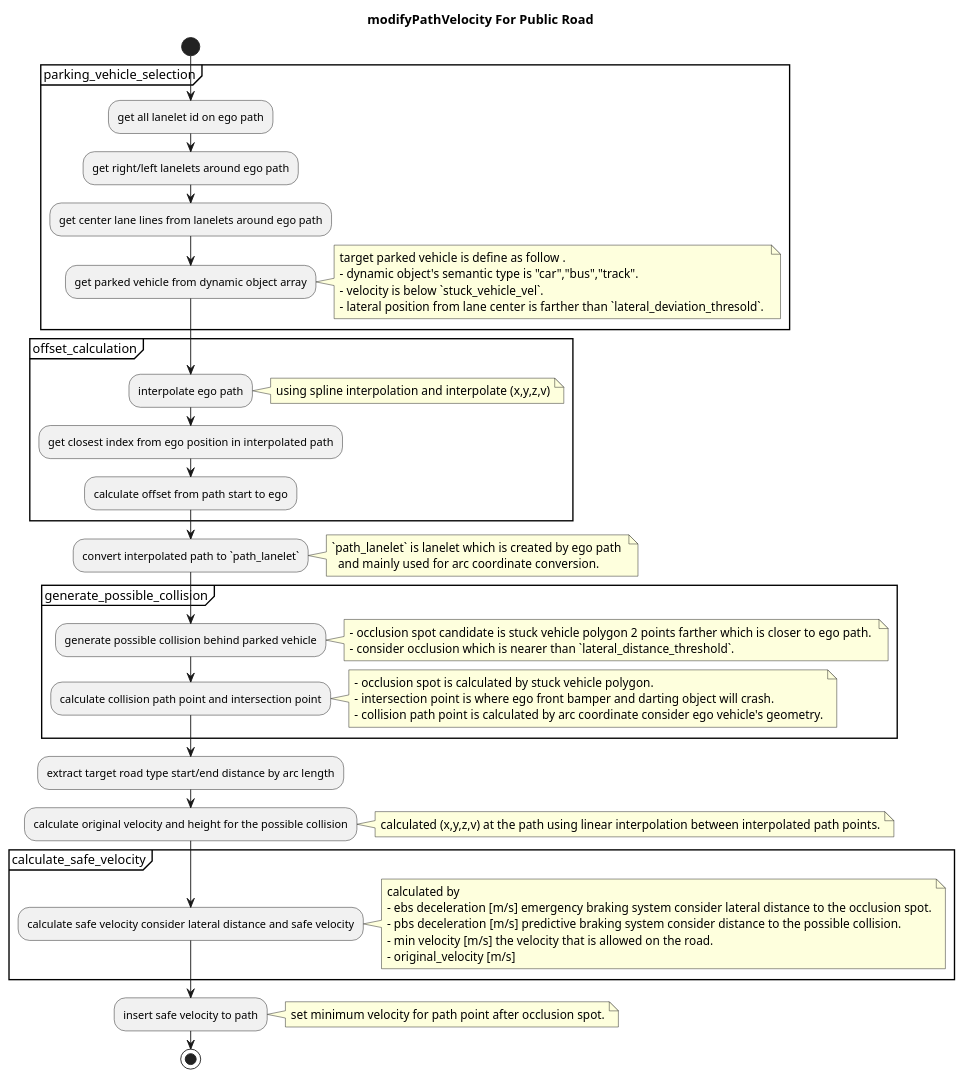
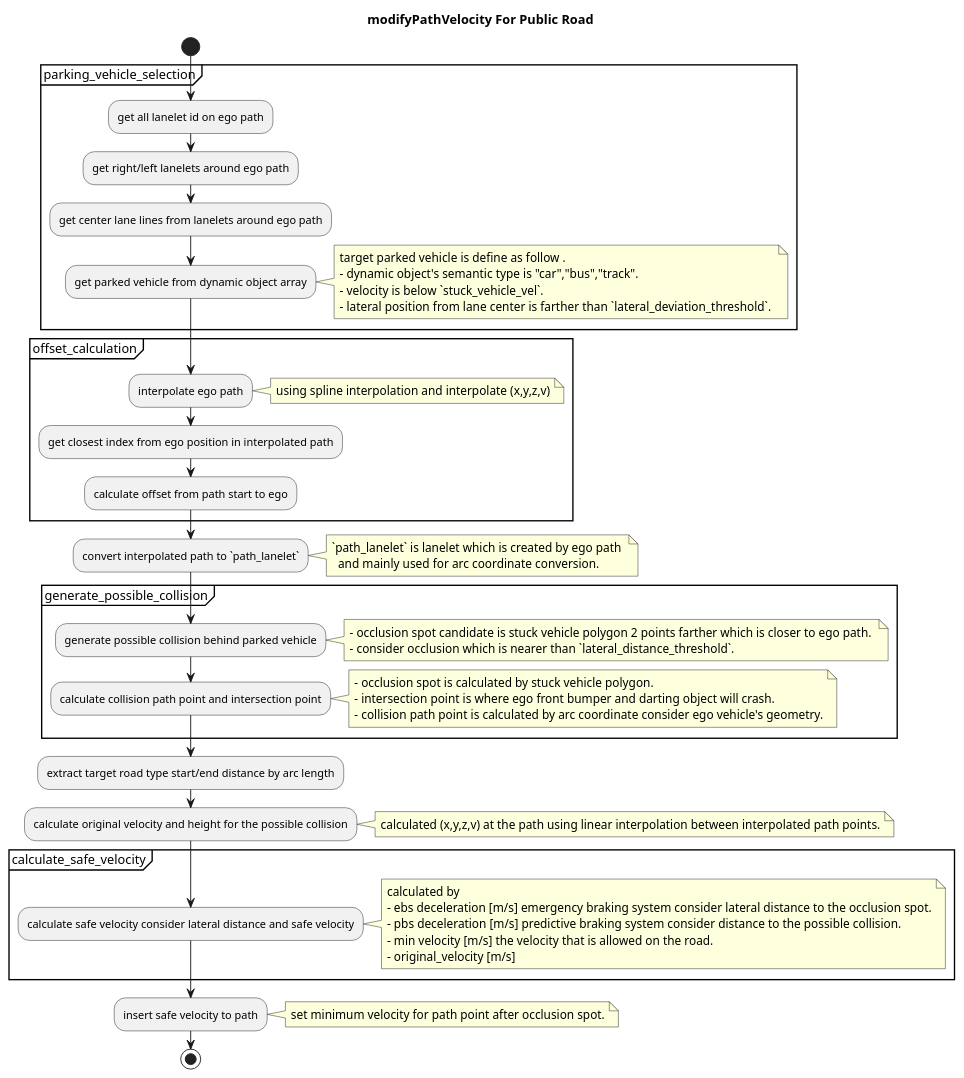
One commit to tier4/AutowareArchitectureProposal.iv changed the second of 3 diagrams in planning/scenario_planning/lane_driving/behavior_planning/behavior_velocity_planner/occlusion-spot-design.md. Above: the diagram before and after it, drawn with PlantUML. The commit also changed other lines of this file and 4 other files, not shown here.

````diff
--- a/planning/scenario_planning/lane_driving/behavior_planning/behavior_velocity_planner/occlusion-spot-design.md
+++ b/planning/scenario_planning/lane_driving/behavior_planning/behavior_velocity_planner/occlusion-spot-design.md
@@ -121,64 +121,64 @@
 ```plantuml
 @startuml
 title modifyPathVelocity For Public Road
 start
 partition parking_vehicle_selection {
 :get all lanelet id on ego path;
 :get right/left lanelets around ego path;
 :get center lane lines from lanelets around ego path;
 :get parked vehicle from dynamic object array;
 note right
   target parked vehicle is define as follow .
   - dynamic object's semantic type is "car","bus","track".
   - velocity is below `stuck_vehicle_vel`.
-  - lateral position from lane center is farther than `lateral_deviation_thresold`. 
+  - lateral position from lane center is farther than `lateral_deviation_threshold`. 
 end note
 }
 partition offset_calculation {
 :interpolate ego path;
 note right
   using spline interpolation and interpolate (x,y,z,v)
 end note
 :get closest index from ego position in interpolated path;
 :calculate offset from path start to ego;
 }
 :convert interpolated path to `path_lanelet`;
 note right
   `path_lanelet` is lanelet which is created by ego path 
     and mainly used for arc coordinate conversion.
 end note
 partition generate_possible_collision {
 :generate possible collision behind parked vehicle;
 note right
   - occlusion spot candidate is stuck vehicle polygon 2 points farther which is closer to ego path. 
   - consider occlusion which is nearer than `lateral_distance_threshold`.
 end note
 :calculate collision path point and intersection point;
 note right
   - occlusion spot is calculated by stuck vehicle polygon. 
-  - intersection point is where ego front bamper and darting object will crash.
+  - intersection point is where ego front bumper and darting object will crash.
   - collision path point is calculated by arc coordinate consider ego vehicle's geometry.
 end note
 }
 :extract target road type start/end distance by arc length;
 :calculate original velocity and height for the possible collision;
 note right
 calculated (x,y,z,v) at the path using linear interpolation between interpolated path points.
 end note
 partition calculate_safe_velocity {
 :calculate safe velocity consider lateral distance and safe velocity;
 note right
 calculated by 
 - ebs deceleration [m/s] emergency braking system consider lateral distance to the occlusion spot.
 - pbs deceleration [m/s] predictive braking system consider distance to the possible collision.
 - min velocity [m/s] the velocity that is allowed on the road.
 - original_velocity [m/s]
 end note
 }
 :insert safe velocity to path;
 note right
  set minimum velocity for path point after occlusion spot.
 end note
 stop
 @enduml
 ```
````
